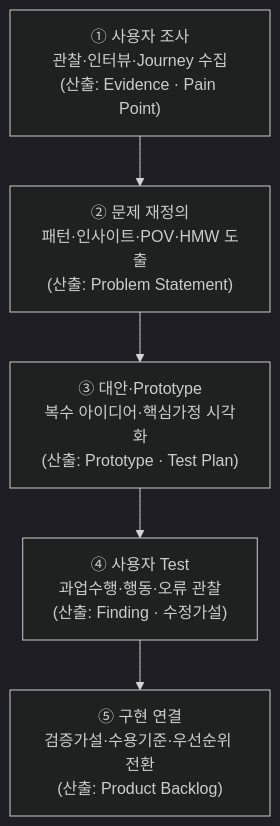
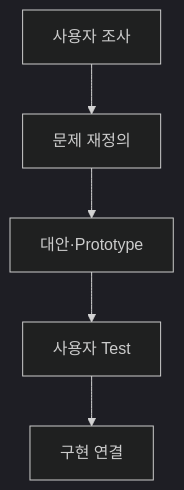
One commit to agnusdei1207/study changed the third of 4 diagrams in src/content/docs/notes/itpe/01-it-strategy/047_design_thinking.md. Above: the diagram before and after it, drawn with Mermaid (dark theme). The commit also changed other lines of this file and 19 other files, not shown here.

````diff
--- a/src/content/docs/notes/itpe/01-it-strategy/047_design_thinking.md
+++ b/src/content/docs/notes/itpe/01-it-strategy/047_design_thinking.md
@@ -111,10 +110,7 @@
 ```mermaid
 flowchart TD
-    S1["① 사용자 조사<br/>관찰·인터뷰·Journey 수집<br/>(산출: Evidence · Pain Point)"]
-    S2["② 문제 재정의<br/>패턴·인사이트·POV·HMW 도출<br/>(산출: Problem Statement)"]
-    S3["③ 대안·Prototype<br/>복수 아이디어·핵심가정 시각화<br/>(산출: Prototype · Test Plan)"]
-    S4["④ 사용자 Test<br/>과업수행·행동·오류 관찰<br/>(산출: Finding · 수정가설)"]
-    S5["⑤ 구현 연결<br/>검증가설·수용기준·우선순위 전환<br/>(산출: Product Backlog)"]
-
-    S1 --> S2 --> S3 --> S4 --> S5
+    S1["사용자 조사"] --> S2["문제 재정의"]
+    S2 --> S3["대안·Prototype"]
+    S3 --> S4["사용자 Test"]
+    S4 --> S5["구현 연결"]
 ```
````
